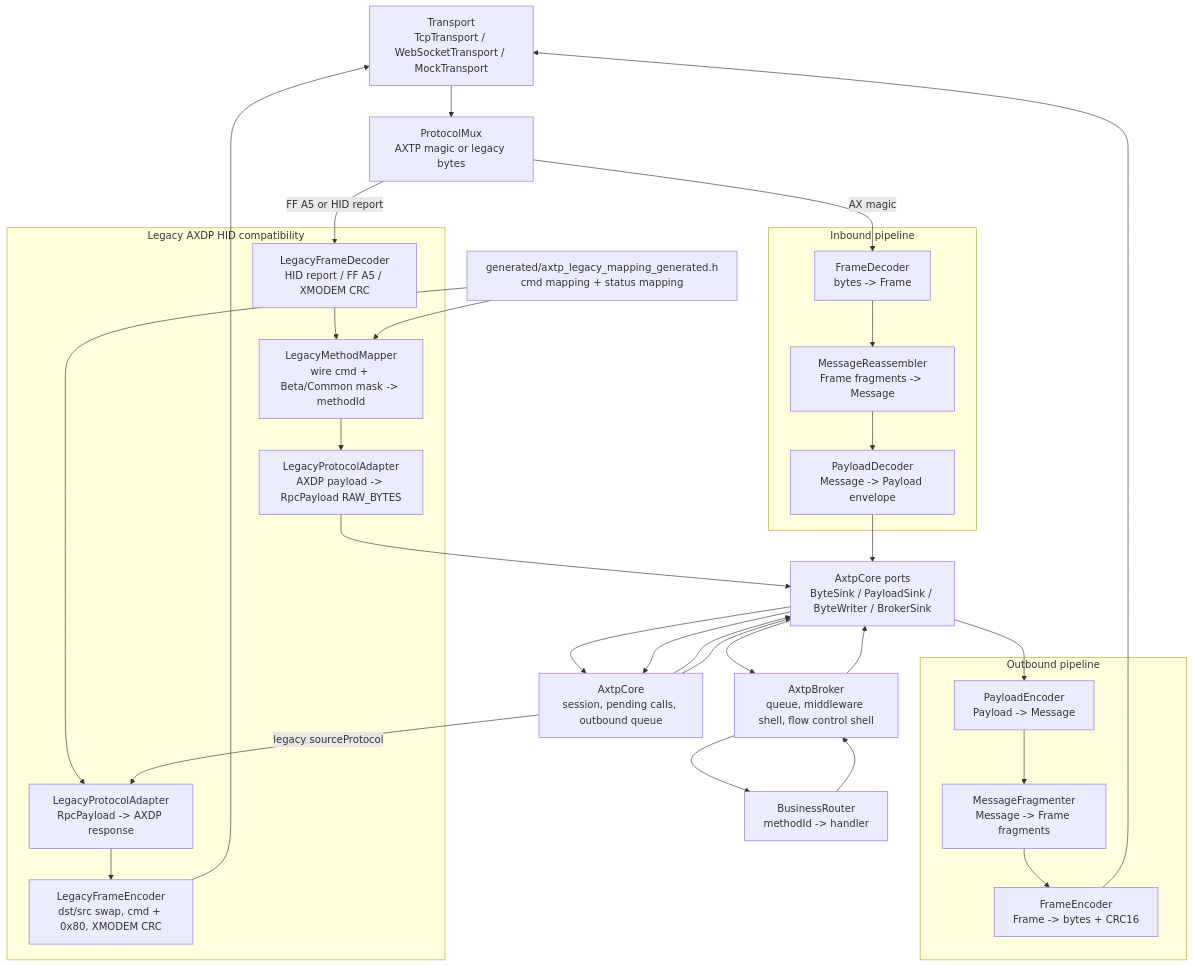
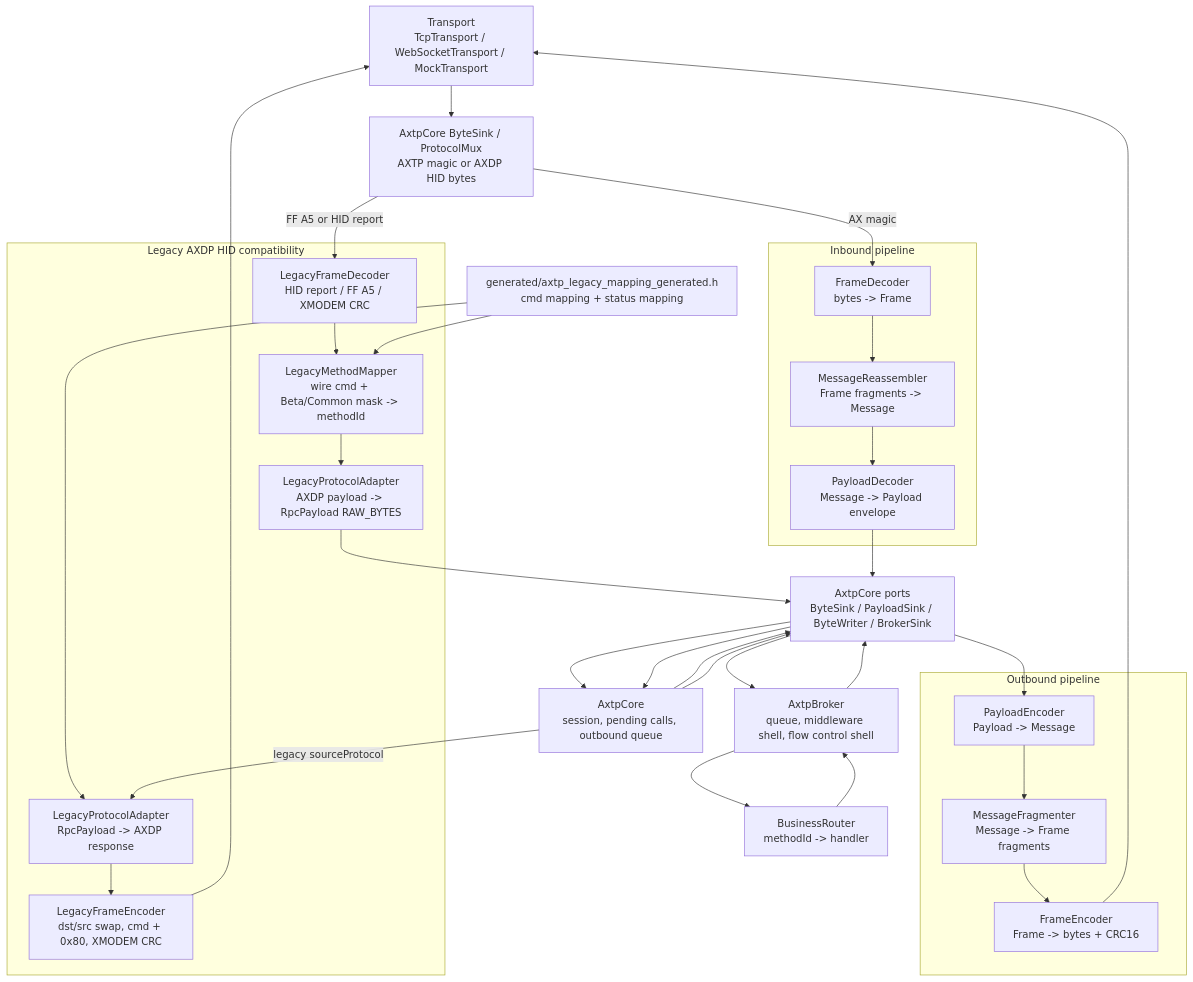
Before and after one commit to Mostorm-Labs/axtp: the first of 2 diagrams in runtimes/cpp-core/ARCHITECTURE.md, drawn with Mermaid. The commit also changed other lines of this file and 3 other files, not shown here.

Commit message:
Wire legacy receive routing into core

````diff
--- a/runtimes/cpp-core/ARCHITECTURE.md
+++ b/runtimes/cpp-core/ARCHITECTURE.md
@@ -20,43 +20,43 @@
 ```mermaid
 flowchart TB
     Transport["Transport<br/>TcpTransport / WebSocketTransport / MockTransport"]
-    Mux["ProtocolMux<br/>AXTP magic or legacy bytes"]
+    Mux["AxtpCore ByteSink / ProtocolMux<br/>AXTP magic or AXDP HID bytes"]
 
     subgraph Inbound["Inbound pipeline"]
         FD["FrameDecoder<br/>bytes -> Frame"]
         MR["MessageReassembler<br/>Frame fragments -> Message"]
         PD["PayloadDecoder<br/>Message -> Payload envelope"]
     end
 
     CorePorts["AxtpCore ports<br/>ByteSink / PayloadSink / ByteWriter / BrokerSink"]
     Core["AxtpCore<br/>session, pending calls, outbound queue"]
     Broker["AxtpBroker<br/>queue, middleware shell, flow control shell"]
     Router["BusinessRouter<br/>methodId -> handler"]
 
     subgraph Outbound["Outbound pipeline"]
         PE["PayloadEncoder<br/>Payload -> Message"]
         MF["MessageFragmenter<br/>Message -> Frame fragments"]
         FE["FrameEncoder<br/>Frame -> bytes + CRC16"]
     end
 
     subgraph Legacy["Legacy AXDP HID compatibility"]
         AxdpDec["LegacyFrameDecoder<br/>HID report / FF A5 / XMODEM CRC"]
         CmdMap["LegacyMethodMapper<br/>wire cmd + Beta/Common mask -> methodId"]
         LegacyIn["LegacyProtocolAdapter<br/>AXDP payload -> RpcPayload RAW_BYTES"]
         LegacyOut["LegacyProtocolAdapter<br/>RpcPayload -> AXDP response"]
         AxdpEnc["LegacyFrameEncoder<br/>dst/src swap, cmd + 0x80, XMODEM CRC"]
     end
 
     Generated["generated/axtp_legacy_mapping_generated.h<br/>cmd mapping + status mapping"]
 
     Transport --> Mux
     Mux -->|"AX magic"| FD
     Mux -->|"FF A5 or HID report"| AxdpDec --> CmdMap --> LegacyIn
     Generated --> CmdMap
     Generated --> LegacyOut
     FD --> MR --> PD --> CorePorts --> Core
     LegacyIn --> CorePorts
     Core --> CorePorts --> Broker --> Router --> Broker --> CorePorts --> Core
     Core --> CorePorts --> PE --> MF --> FE --> Transport
     Core -->|"legacy sourceProtocol"| LegacyOut --> AxdpEnc --> Transport
 ```
````
